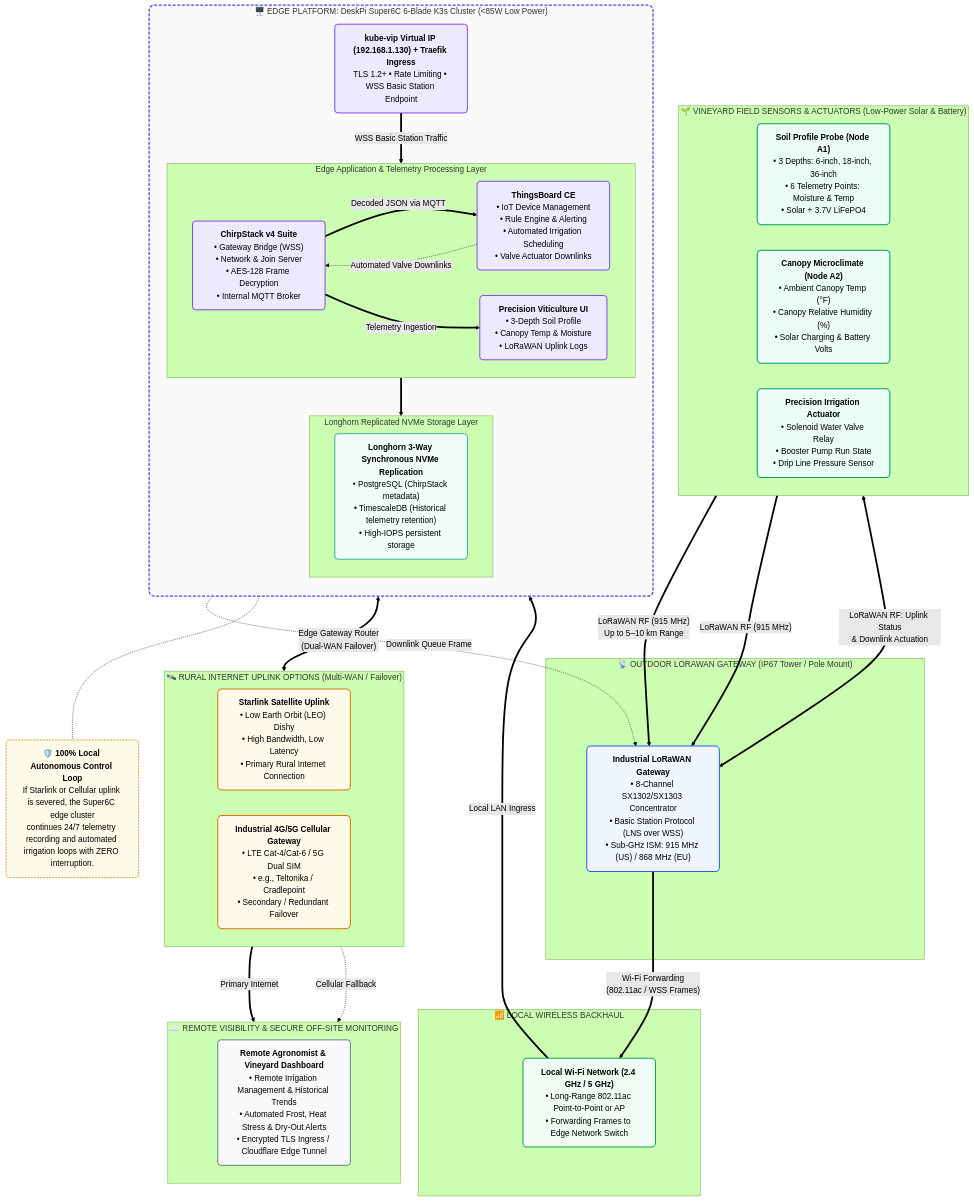
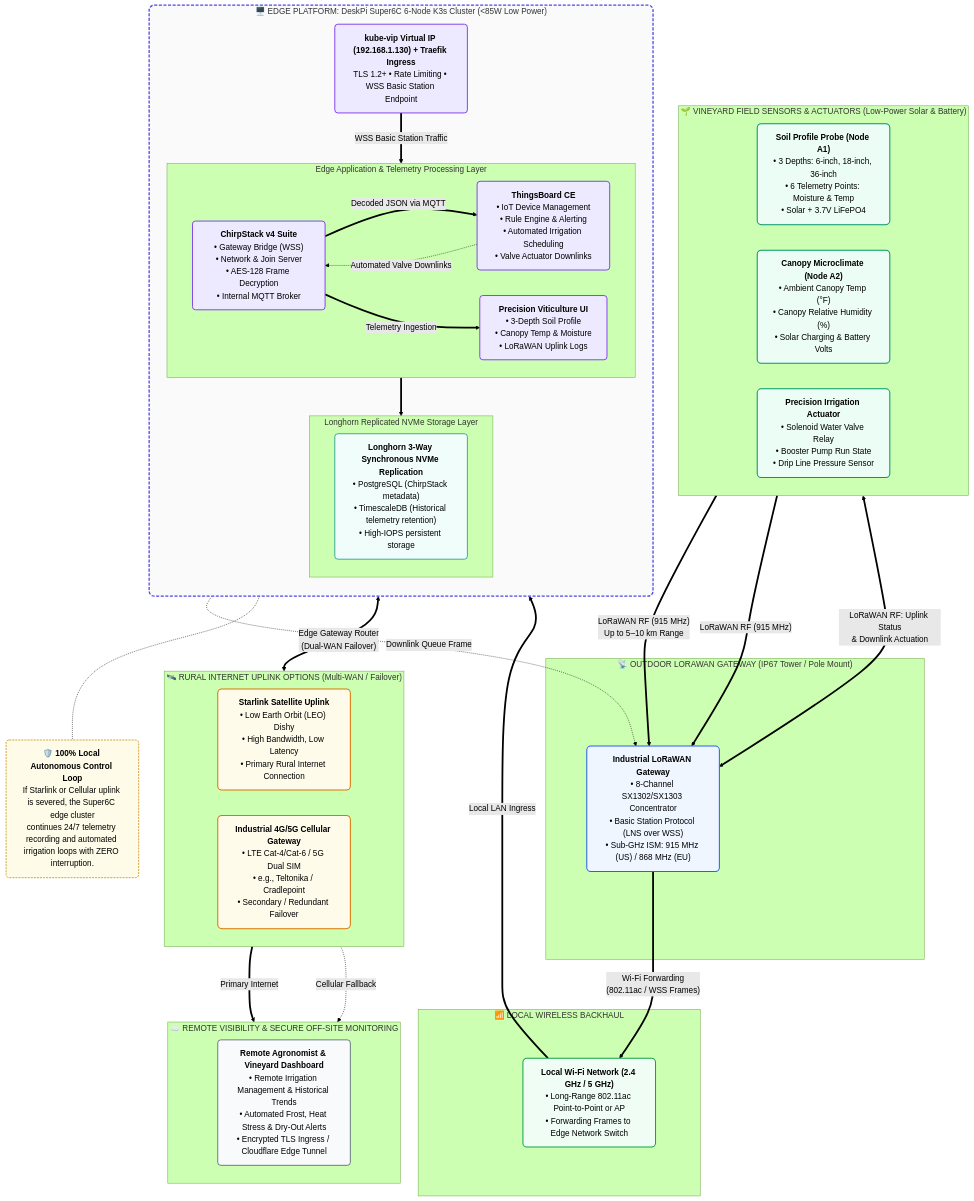
One commit to paulkanz/super6c-k3s-ha changed the diagram in docs/lorawan-iot-architecture.mmd. Above: the diagram before and after it, drawn with Mermaid (forest theme). The commit also changed 13 other files, not shown here.

Commit message:
docs: standardize terminology from blade to compute module/node across architecture and diagrams

```diff
--- a/docs/lorawan-iot-architecture.mmd
+++ b/docs/lorawan-iot-architecture.mmd
@@ -1,120 +1,120 @@
 flowchart TB
     %% =========================================================================
     %% STYLING DEFINITIONS
     %% =========================================================================
     classDef fieldNode fill:#ecfdf5,stroke:#059669,stroke-width:2px,rx:8px,ry:8px;
     classDef gwNode fill:#eff6ff,stroke:#2563eb,stroke-width:2px,rx:8px,ry:8px;
     classDef wifiNode fill:#f0fdf4,stroke:#16a34a,stroke-width:2px,rx:8px,ry:8px;
     classDef edgeChassis fill:#fafafa,stroke:#4f46e5,stroke-width:2.5px,stroke-dasharray: 6 3,rx:10px,ry:10px;
     classDef edgeApp fill:#ede9fe,stroke:#7c3aed,stroke-width:1.8px,rx:6px,ry:6px;
     classDef storageNode fill:#f0fdfa,stroke:#0d9488,stroke-width:1.5px,rx:6px,ry:6px;
     classDef uplinkNode fill:#fffbeb,stroke:#d97706,stroke-width:2px,rx:8px,ry:8px;
     classDef cloudNode fill:#f8fafc,stroke:#475569,stroke-width:1.5px,rx:6px,ry:6px;
     classDef noteBox fill:#fefce8,stroke:#ca8a04,stroke-width:1.5px,stroke-dasharray: 4 2,rx:6px,ry:6px;
 
     %% =========================================================================
     %% TIER 1: VINEYARD SENSORS & FIELD ACTUATORS
     %% =========================================================================
     subgraph FIELD ["🌱 VINEYARD FIELD SENSORS & ACTUATORS (Low-Power Solar & Battery)"]
         direction LR
         S1["<b>Soil Profile Probe (Node A1)</b><br/>• 3 Depths: 6-inch, 18-inch, 36-inch<br/>• 6 Telemetry Points: Moisture &amp; Temp<br/>• Solar + 3.7V LiFePO4"]
         S2["<b>Canopy Microclimate (Node A2)</b><br/>• Ambient Canopy Temp (&deg;F)<br/>• Canopy Relative Humidity (%)<br/>• Solar Charging & Battery Volts"]
         S3["<b>Precision Irrigation Actuator</b><br/>• Solenoid Water Valve Relay<br/>• Booster Pump Run State<br/>• Drip Line Pressure Sensor"]
     end
 
     %% =========================================================================
     %% TIER 2: LORAWAN GATEWAY & FORWARDING
     %% =========================================================================
     subgraph GATEWAY_TIER ["📡 OUTDOOR LORAWAN GATEWAY (IP67 Tower / Pole Mount)"]
         GW["<b>Industrial LoRaWAN Gateway</b><br/>• 8-Channel SX1302/SX1303 Concentrator<br/>• Basic Station Protocol (LNS over WSS)<br/>• Sub-GHz ISM: 915 MHz (US) / 868 MHz (EU)"]
     end
 
     %% =========================================================================
     %% TIER 3: LOCAL WIRELESS BACKHAUL
     %% =========================================================================
     subgraph BACKHAUL ["📶 LOCAL WIRELESS BACKHAUL"]
         WIFI["<b>Local Wi-Fi Network (2.4 GHz / 5 GHz)</b><br/>• Long-Range 802.11ac Point-to-Point or AP<br/>• Forwarding Frames to Edge Network Switch"]
     end
 
     %% =========================================================================
     %% TIER 4: DESKPI SUPER6C EDGE COMPUTE CLUSTER
     %% =========================================================================
-    subgraph SUPER6C ["🖥️ EDGE PLATFORM: DeskPi Super6C 6-Blade K3s Cluster (&lt;85W Low Power)"]
+    subgraph SUPER6C ["🖥️ EDGE PLATFORM: DeskPi Super6C 6-Node K3s Cluster (&lt;85W Low Power)"]
         direction TB
         
         VIP["<b>kube-vip Virtual IP (192.168.1.130) + Traefik Ingress</b><br/>TLS 1.2+ &bull; Rate Limiting &bull; WSS Basic Station Endpoint"]
         
         subgraph APPS ["Edge Application & Telemetry Processing Layer"]
             direction LR
             CS["<b>ChirpStack v4 Suite</b><br/>• Gateway Bridge (WSS)<br/>• Network & Join Server<br/>• AES-128 Frame Decryption<br/>• Internal MQTT Broker"]
             TB["<b>ThingsBoard CE</b><br/>• IoT Device Management<br/>• Rule Engine & Alerting<br/>• Automated Irrigation Scheduling<br/>• Valve Actuator Downlinks"]
             PORTAL["<b>Precision Viticulture UI</b><br/>• 3-Depth Soil Profile<br/>• Canopy Temp & Moisture<br/>• LoRaWAN Uplink Logs"]
         end
 
         subgraph STORAGE ["Longhorn Replicated NVMe Storage Layer"]
             NVME["<b>Longhorn 3-Way Synchronous NVMe Replication</b><br/>• PostgreSQL (ChirpStack metadata)<br/>• TimescaleDB (Historical telemetry retention)<br/>• High-IOPS persistent storage"]
         end
 
         VIP ==>|"WSS Basic Station Traffic"| CS
         CS ==>|"Decoded JSON via MQTT"| TB
         CS ==>|"Telemetry Ingestion"| PORTAL
         TB -.->|"Automated Valve Downlinks"| CS
         APPS ==> STORAGE
     end
 
     %% =========================================================================
     %% TIER 5: RURAL INTERNET UPLINK OPTIONS
     %% =========================================================================
     subgraph UPLINK ["🛰️ RURAL INTERNET UPLINK OPTIONS (Multi-WAN / Failover)"]
         direction LR
         STARLINK["<b>Starlink Satellite Uplink</b><br/>• Low Earth Orbit (LEO) Dishy<br/>• High Bandwidth, Low Latency<br/>• Primary Rural Internet Connection"]
         CELLULAR["<b>Industrial 4G/5G Cellular Gateway</b><br/>• LTE Cat-4/Cat-6 / 5G Dual SIM<br/>• e.g., Teltonika / Cradlepoint<br/>• Secondary / Redundant Failover"]
     end
 
     %% =========================================================================
     %% TIER 6: CLOUD & REMOTE MONITORING
     %% =========================================================================
     subgraph CLOUD ["☁️ REMOTE VISIBILITY & SECURE OFF-SITE MONITORING"]
         REMOTE["<b>Remote Agronomist & Vineyard Dashboard</b><br/>• Remote Irrigation Management & Historical Trends<br/>• Automated Frost, Heat Stress & Dry-Out Alerts<br/>• Encrypted TLS Ingress / Cloudflare Edge Tunnel"]
     end
 
     %% =========================================================================
     %% LOCAL AUTONOMY NOTE
     %% =========================================================================
     AUTONOMY["<b>🛡️ 100% Local Autonomous Control Loop</b><br/>If Starlink or Cellular uplink is severed, the Super6C edge cluster<br/>continues 24/7 telemetry recording and automated irrigation loops with ZERO interruption."]
 
     %% =========================================================================
     %% CONNECTIONS & FLOWS
     %% =========================================================================
     %% Field to Gateway via LoRaWAN RF
     S1 ==>|"LoRaWAN RF (915 MHz)<br/>Up to 5–10 km Range"| GW
     S2 ==>|"LoRaWAN RF (915 MHz)"| GW
     S3 <==>|"LoRaWAN RF: Uplink Status<br/>&amp; Downlink Actuation"| GW
 
     %% Gateway to Super6C via Wi-Fi
     GW ==>|"Wi-Fi Forwarding<br/>(802.11ac / WSS Frames)"| WIFI
     WIFI ==>|"Local LAN Ingress"| VIP
 
     %% Downlink actuation feedback loop
     CS -.->|"Downlink Queue Frame"| GW
 
     %% Edge to Uplinks
     SUPER6C <==>|"Edge Gateway Router<br/>(Dual-WAN Failover)"| UPLINK
     STARLINK ==>|"Primary Internet"| CLOUD
     CELLULAR -.->|"Cellular Fallback"| CLOUD
 
     %% Autonomy linkage
     SUPER6C -.- AUTONOMY
 
     %% =========================================================================
     %% CLASS ASSIGNMENTS
     %% =========================================================================
     class S1,S2,S3 fieldNode;
     class GW gwNode;
     class WIFI wifiNode;
     class SUPER6C edgeChassis;
     class VIP,CS,TB,PORTAL edgeApp;
     class NVME storageNode;
     class STARLINK,CELLULAR uplinkNode;
     class REMOTE cloudNode;
     class AUTONOMY noteBox;
```
